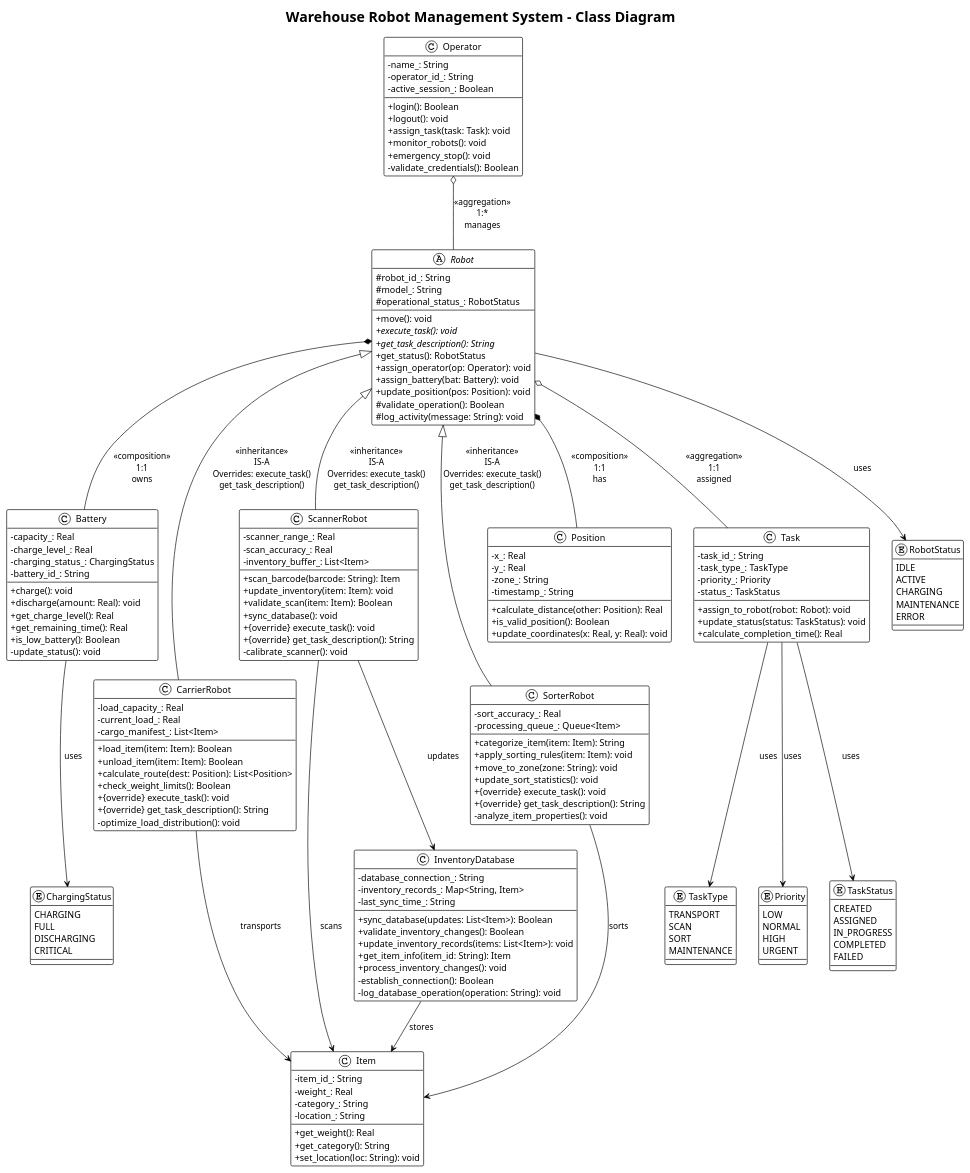
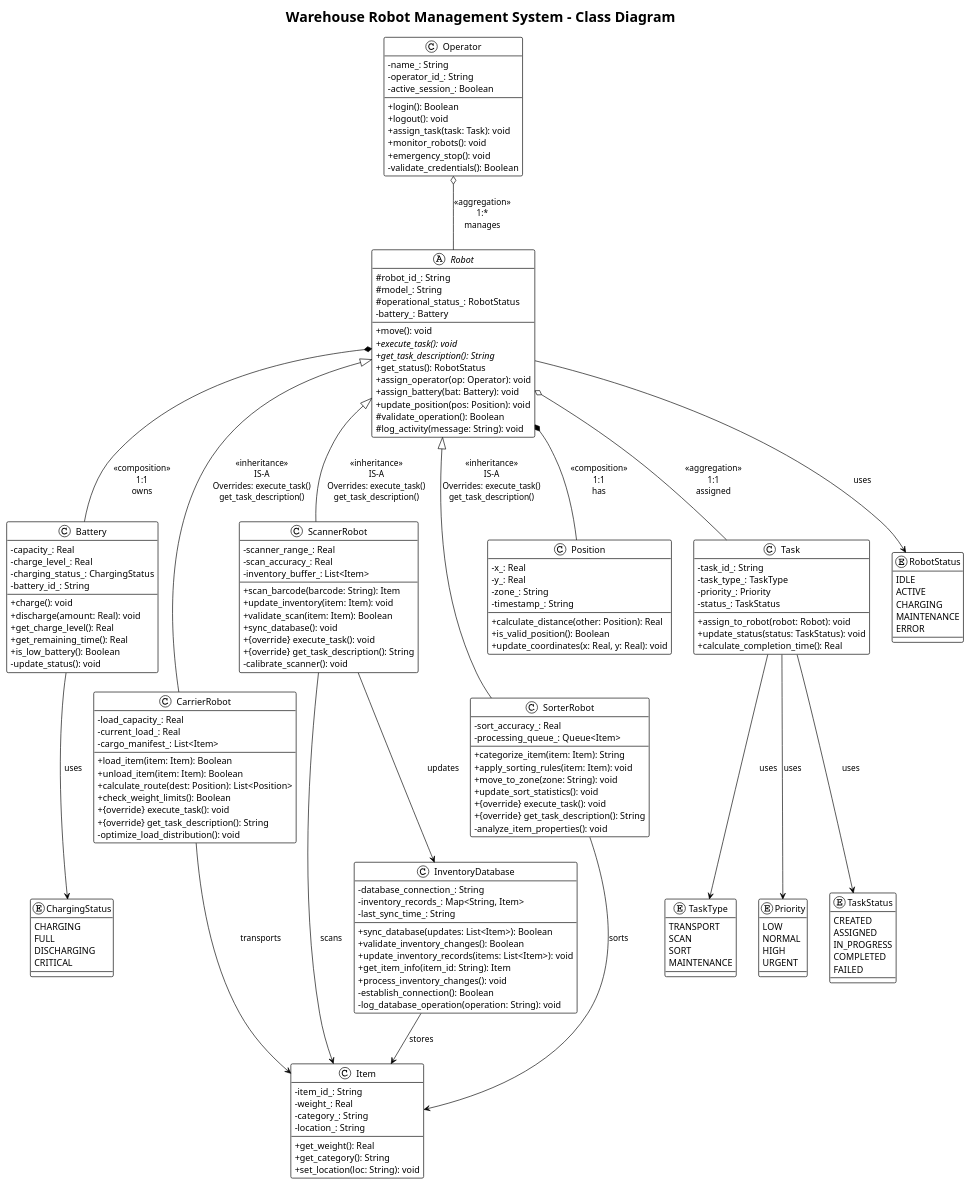
The diagram in lecture7/doc/design/modeling/diagrams/class_diagram.plantuml (kbusby25/enpm702-summer-2025), drawn with PlantUML before and after one commit. The commit also changed 27 other files, not shown here.

```diff
--- a/lecture7/doc/design/modeling/diagrams/class_diagram.plantuml
+++ b/lecture7/doc/design/modeling/diagrams/class_diagram.plantuml
@@ -8,6 +8,7 @@
     # robot_id_: String
     # model_: String
     # operational_status_: RobotStatus
+    - battery_: Battery
     + move(): void
     + {abstract} execute_task(): void
     + {abstract} get_task_description(): String
```
